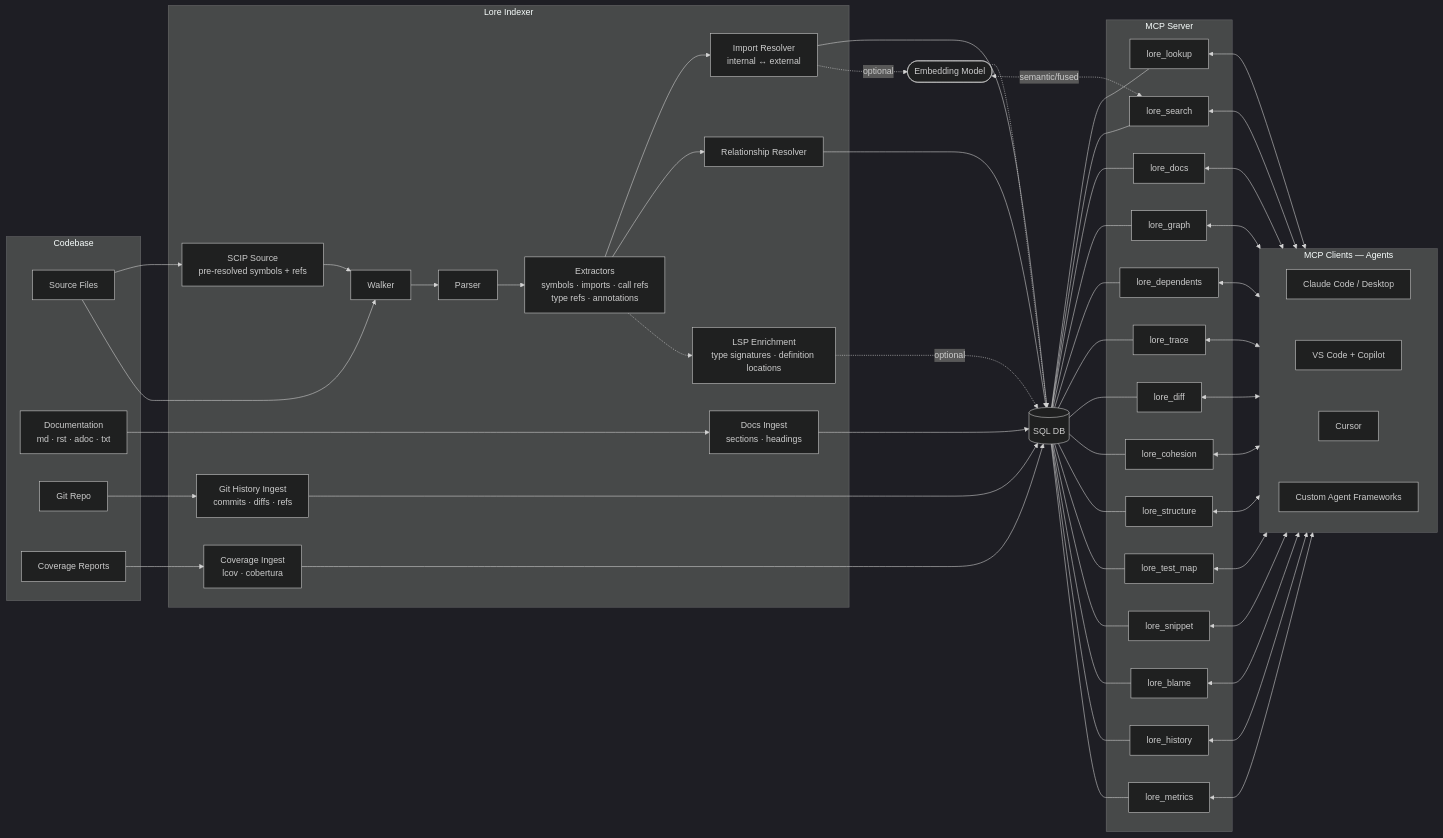
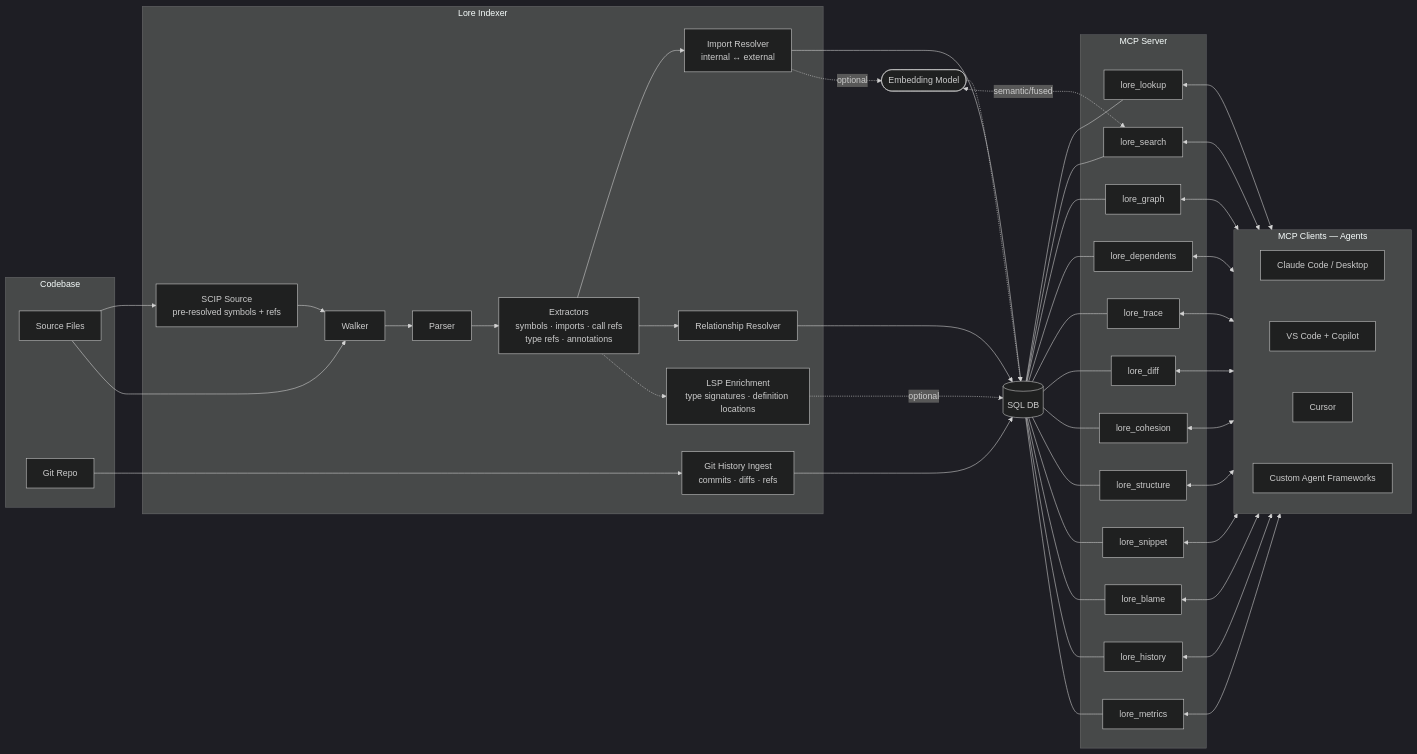
Before and after one commit to jafreck/Lore: the diagram in README.md, drawn with Mermaid (dark theme). The commit also changed other lines of this file and 58 other files, not shown here.

First line of the commit message:
feat: strip doc ingestion and coverage/test-mapping features (#298)

````diff
--- a/README.md
+++ b/README.md
@@ -35,68 +35,58 @@
 ```mermaid
 flowchart LR
     subgraph Codebase
         SRC[Source Files]
-        DOCS[Documentation<br/>md · rst · adoc · txt]
         GIT[Git Repo]
-        COV[Coverage Reports]
     end
 
     subgraph INDEXER[Lore Indexer]
         SCIPDIRECT[SCIP Source<br/>pre-resolved symbols + refs] --> WALK
         WALK[Walker] --> PARSE[Parser] --> EXTRACT[Extractors<br/>symbols · imports · call refs<br/>type refs · annotations]
         EXTRACT --> RESOLVE[Import Resolver<br/>internal ↔ external]
         EXTRACT --> CALLGRAPH[Relationship Resolver]
         EXTRACT -.-> LSPENRICH[LSP Enrichment<br/>type signatures · definition locations]
-        DOCSINGEST[Docs Ingest<br/>sections · headings]
         GITHIST[Git History Ingest<br/>commits · diffs · refs]
-        COVINGEST[Coverage Ingest<br/>lcov · cobertura]
     end
 
     SRC --> SCIPDIRECT
     SRC --> WALK
-    DOCS --> DOCSINGEST
     GIT --> GITHIST
-    COV --> COVINGEST
 
     DB[(SQL DB)]
     EMBED([Embedding Model])
 
     subgraph MCP_SERVER[MCP Server]
         LOOKUP[lore_lookup]
         SEARCH[lore_search]
-        DOCS_TOOL[lore_docs]
         GRAPH[lore_graph]
         DEPENDENTS[lore_dependents]
         TRACE[lore_trace]
         DIFF[lore_diff]
         COHESION[lore_cohesion]
         STRUCTURE[lore_structure]
-        TESTMAP[lore_test_map]
         SNIPPET[lore_snippet]
         BLAME[lore_blame]
         HISTORY[lore_history]
         METRICS[lore_metrics]
     end
 
     subgraph MCP_CLIENTS[MCP Clients — Agents]
         CLAUDE_CODE[Claude Code / Desktop]
         COPILOT[VS Code + Copilot]
         CURSOR[Cursor]
         CUSTOM[Custom Agent Frameworks]
         CLAUDE_CODE ~~~ COPILOT ~~~ CURSOR ~~~ CUSTOM
     end
 
-    DOCSINGEST --> DB
     GITHIST --> DB
-    COVINGEST --> DB
 
     RESOLVE & CALLGRAPH --> DB
     LSPENRICH -.->|optional| DB
     RESOLVE -.->|optional| EMBED
     EMBED -.-> DB
 
-    DB --- LOOKUP & SEARCH & DOCS_TOOL & GRAPH & DEPENDENTS & TRACE & DIFF & COHESION & STRUCTURE & TESTMAP & SNIPPET & BLAME & HISTORY & METRICS
+    DB --- LOOKUP & SEARCH & GRAPH & DEPENDENTS & TRACE & DIFF & COHESION & STRUCTURE & SNIPPET & BLAME & HISTORY & METRICS
     EMBED <-.->|semantic/fused| SEARCH
 
-    LOOKUP & SEARCH & DOCS_TOOL & GRAPH & DEPENDENTS & TRACE & DIFF & COHESION & STRUCTURE & TESTMAP & SNIPPET & BLAME & HISTORY & METRICS <--> MCP_CLIENTS
+    LOOKUP & SEARCH & GRAPH & DEPENDENTS & TRACE & DIFF & COHESION & STRUCTURE & SNIPPET & BLAME & HISTORY & METRICS <--> MCP_CLIENTS
 ```
````
